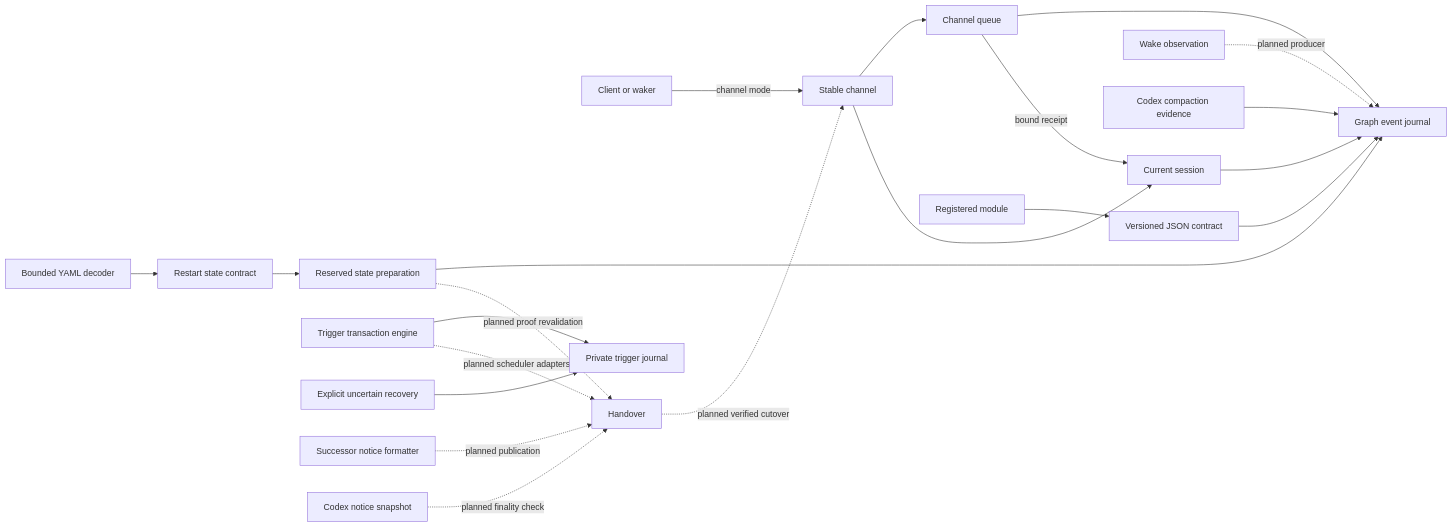
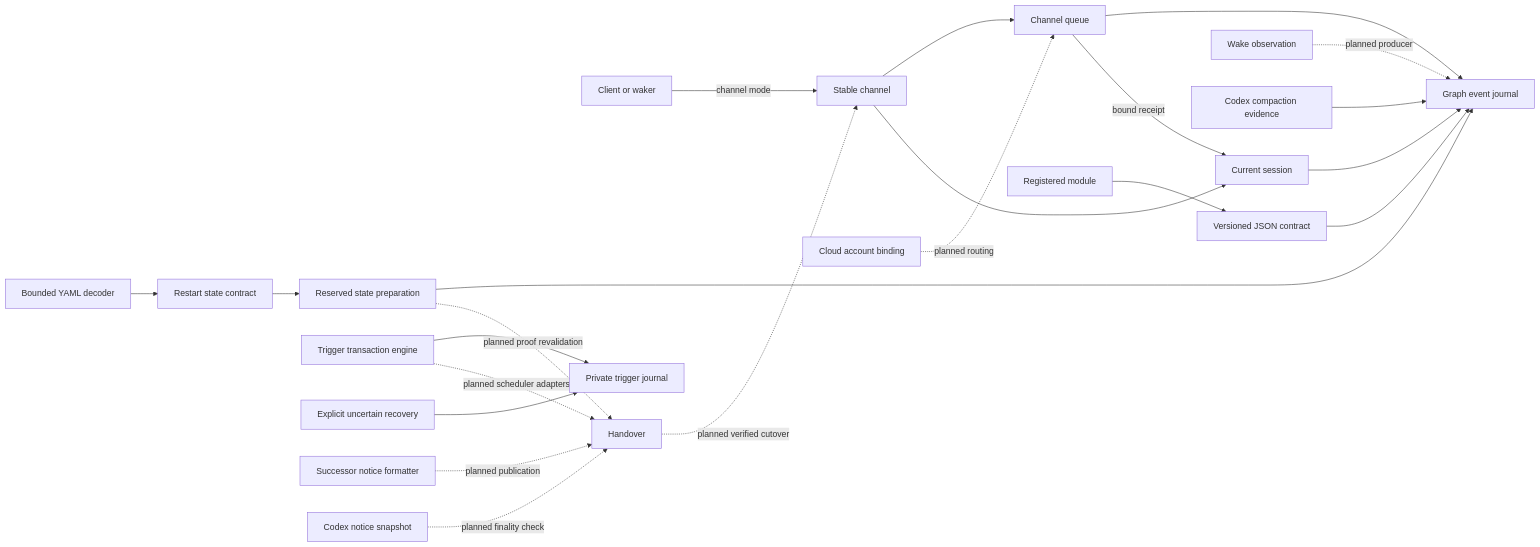
The diagram in docs/design/plexus-architecture.mmd (NestDevLab/agent-mesh), drawn with Mermaid before and after one commit. The commit also changed 5 other files, not shown here.

Commit message:
Bind cloud account scope to CLI profile

```diff
--- a/docs/design/plexus-architecture.mmd
+++ b/docs/design/plexus-architecture.mmd
@@ -1,21 +1,22 @@
 flowchart LR
   Client["Client or waker"] -- "channel mode" --> Channel["Stable channel"]
   Channel --> Queue["Channel queue"]
   Channel --> Session["Current session"]
   Queue --> Journal["Graph event journal"]
   Session --> Journal
   Wake["Wake observation"] -. "planned producer" .-> Journal
   Compaction["Codex compaction evidence"] --> Journal
   Module["Registered module"] --> Contract["Versioned JSON contract"]
   Contract --> Journal
   Queue -- "bound receipt" --> Session
+  CloudAccount["Cloud account binding"] -. "planned routing" .-> Queue
   Yaml["Bounded YAML decoder"] --> Restart
   Restart["Restart state contract"] --> StatePrep["Reserved state preparation"]
   StatePrep --> Journal
   StatePrep -. "planned proof revalidation" .-> Handover
   TriggerTxn["Trigger transaction engine"] --> TriggerJournal["Private trigger journal"]
   TriggerRecovery["Explicit uncertain recovery"] --> TriggerJournal
   TriggerTxn -. "planned scheduler adapters" .-> Handover
   Notice["Successor notice formatter"] -. "planned publication" .-> Handover
   Observation["Codex notice snapshot"] -. "planned finality check" .-> Handover
   Handover["Handover"] -. "planned verified cutover" .-> Channel
```
